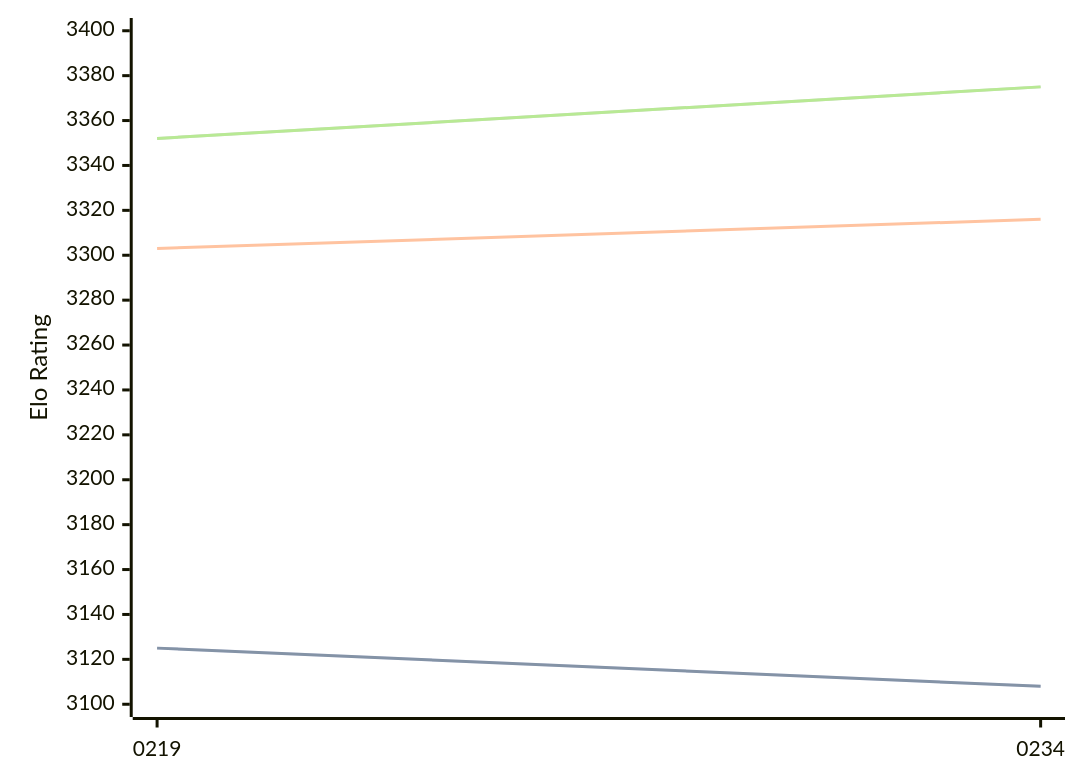
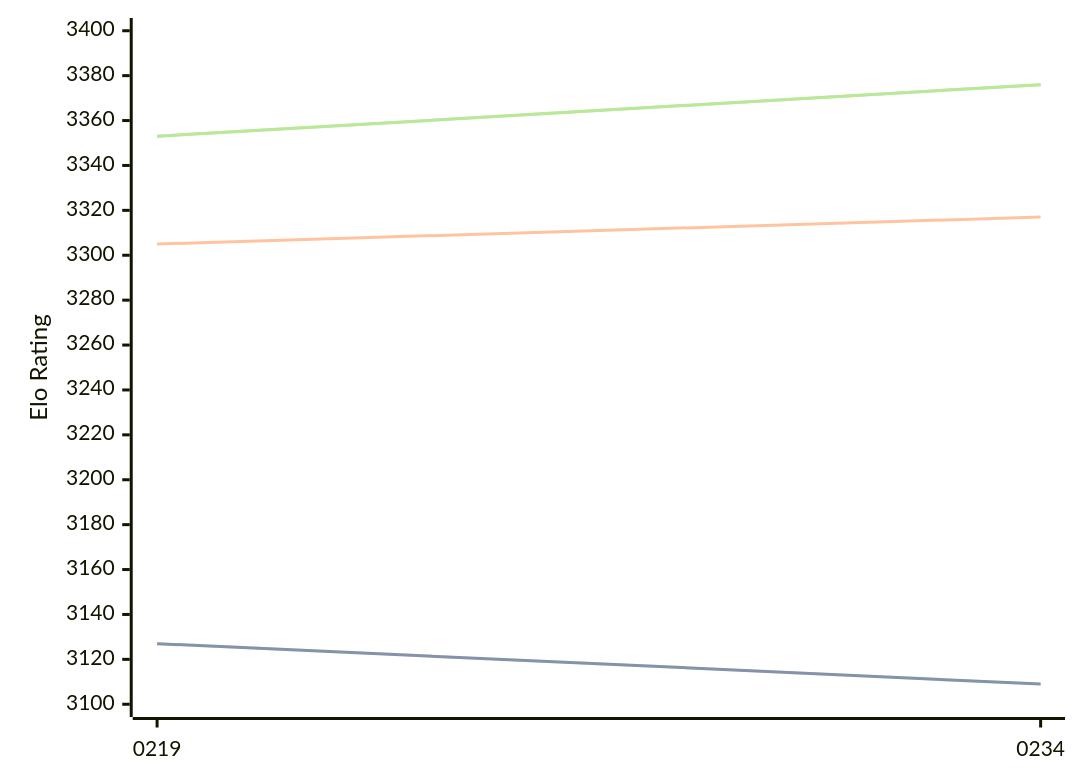
Before and after one commit to computer-chess-index/cci: the diagram in engines/Ynode.md, drawn with Mermaid. The commit also changed other lines of this file, not shown here.

Commit message:
Update CCI Ratings (ELO VLTC) - 2026-06-11

````diff
--- a/engines/Ynode.md
+++ b/engines/Ynode.md
@@ -39,11 +39,11 @@
 ```mermaid
 %%{init: {"theme":"base","themeVariables":{"seriesColors:['#a3a3a3','#222221','#faa371']}}}%%
 xychart-beta
   x-axis ["0219", "0234"]
   y-axis "Elo Rating" 3100 --> 3400
-  line "STC (8.0+0.08s)" [3125, 3108]
-  line "STC (8.0+0.08s)" [3125, 3108]
-  line "LTC (60.0+0.60s)" [3303, 3316]
-  line "VLTC (2m24s+1.12s)" [3352, 3375]
-  line "VLTC (2m24s+1.12s)" [3352, 3375]
+  line "STC (8.0+0.08s)" [3127, 3109]
+  line "STC (8.0+0.08s)" [3127, 3109]
+  line "LTC (60.0+0.60s)" [3305, 3317]
+  line "VLTC (2m24s+1.12s)" [3353, 3376]
+  line "VLTC (2m24s+1.12s)" [3353, 3376]
 ```
````
